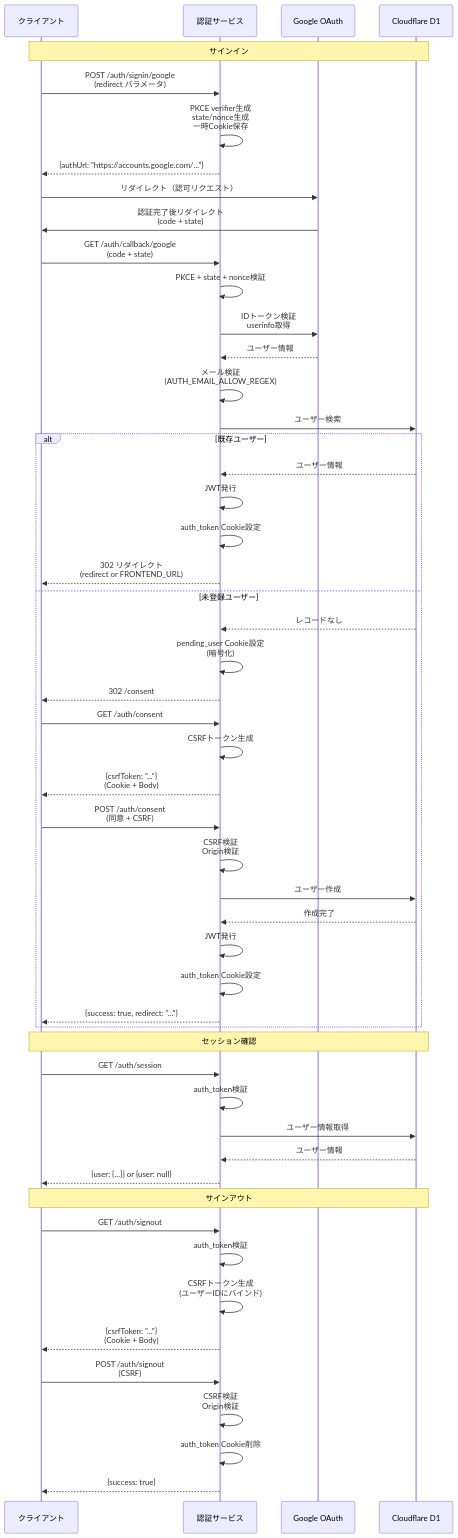
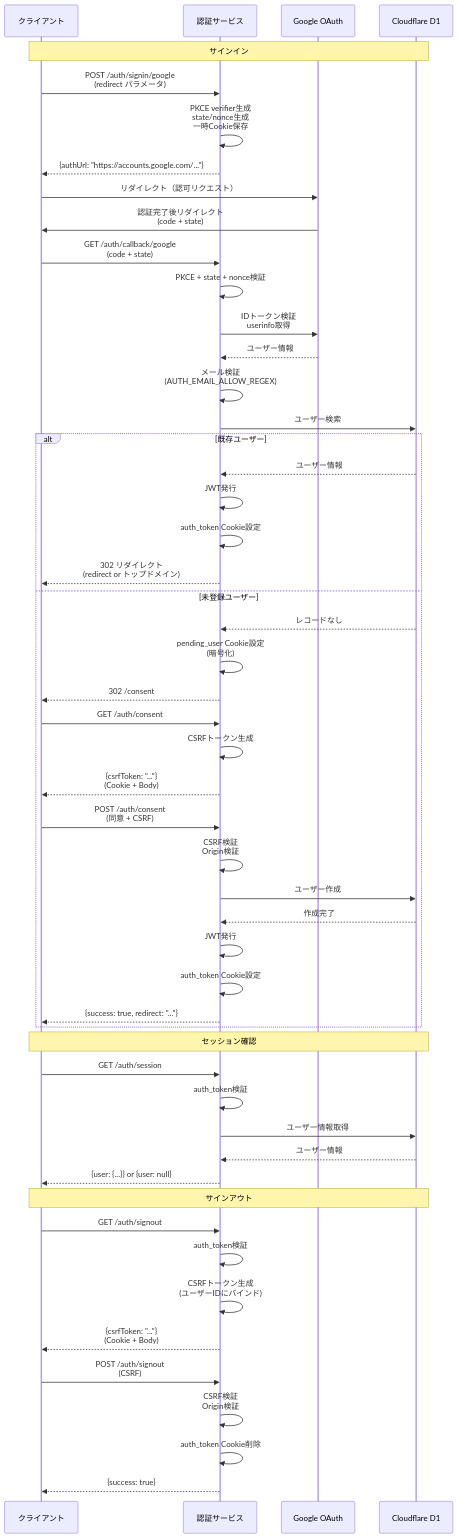
The diagram in README.md (TMed-IT/auth), drawn with Mermaid before and after one commit. The commit also changed other lines of this file and 22 other files, not shown here.

First line of the commit message:
Harden auth cookies and trusted origin flow

````diff
--- a/README.md
+++ b/README.md
@@ -15,58 +15,58 @@
 ```mermaid
 sequenceDiagram
     participant Client as クライアント
     participant Auth as 認証サービス
     participant Google as Google OAuth
     participant D1 as Cloudflare D1
 
     Note over Client,D1: サインイン
     Client->>Auth: POST /auth/signin/google<br/>(redirect パラメータ)
     Auth->>Auth: PKCE verifier生成<br/>state/nonce生成<br/>一時Cookie保存
     Auth-->>Client: {authUrl: "https://accounts.google.com/..."}
     Client->>Google: リダイレクト（認可リクエスト）
     Google->>Client: 認証完了後リダイレクト<br/>(code + state)
     Client->>Auth: GET /auth/callback/google<br/>(code + state)
     Auth->>Auth: PKCE + state + nonce検証
     Auth->>Google: IDトークン検証<br/>userinfo取得
     Google-->>Auth: ユーザー情報
     Auth->>Auth: メール検証<br/>(AUTH_EMAIL_ALLOW_REGEX)
     Auth->>D1: ユーザー検索
     
     alt 既存ユーザー
         D1-->>Auth: ユーザー情報
         Auth->>Auth: JWT発行
         Auth->>Auth: auth_token Cookie設定
-        Auth-->>Client: 302 リダイレクト<br/>(redirect or FRONTEND_URL)
+        Auth-->>Client: 302 リダイレクト<br/>(redirect or トップドメイン)
     else 未登録ユーザー
         D1-->>Auth: レコードなし
         Auth->>Auth: pending_user Cookie設定<br/>(暗号化)
         Auth-->>Client: 302 /consent
         Client->>Auth: GET /auth/consent
         Auth->>Auth: CSRFトークン生成
         Auth-->>Client: {csrfToken: "..."}<br/>(Cookie + Body)
         Client->>Auth: POST /auth/consent<br/>(同意 + CSRF)
         Auth->>Auth: CSRF検証<br/>Origin検証
         Auth->>D1: ユーザー作成
         D1-->>Auth: 作成完了
         Auth->>Auth: JWT発行
         Auth->>Auth: auth_token Cookie設定
         Auth-->>Client: {success: true, redirect: "..."}
     end
 
     Note over Client,D1: セッション確認
     Client->>Auth: GET /auth/session
     Auth->>Auth: auth_token検証
     Auth->>D1: ユーザー情報取得
     D1-->>Auth: ユーザー情報
     Auth-->>Client: {user: {...}} or {user: null}
 
     Note over Client,D1: サインアウト
     Client->>Auth: GET /auth/signout
     Auth->>Auth: auth_token検証
     Auth->>Auth: CSRFトークン生成<br/>(ユーザーIDにバインド)
     Auth-->>Client: {csrfToken: "..."}<br/>(Cookie + Body)
     Client->>Auth: POST /auth/signout<br/>(CSRF)
     Auth->>Auth: CSRF検証<br/>Origin検証
     Auth->>Auth: auth_token Cookie削除
     Auth-->>Client: {success: true}
 ```
````
